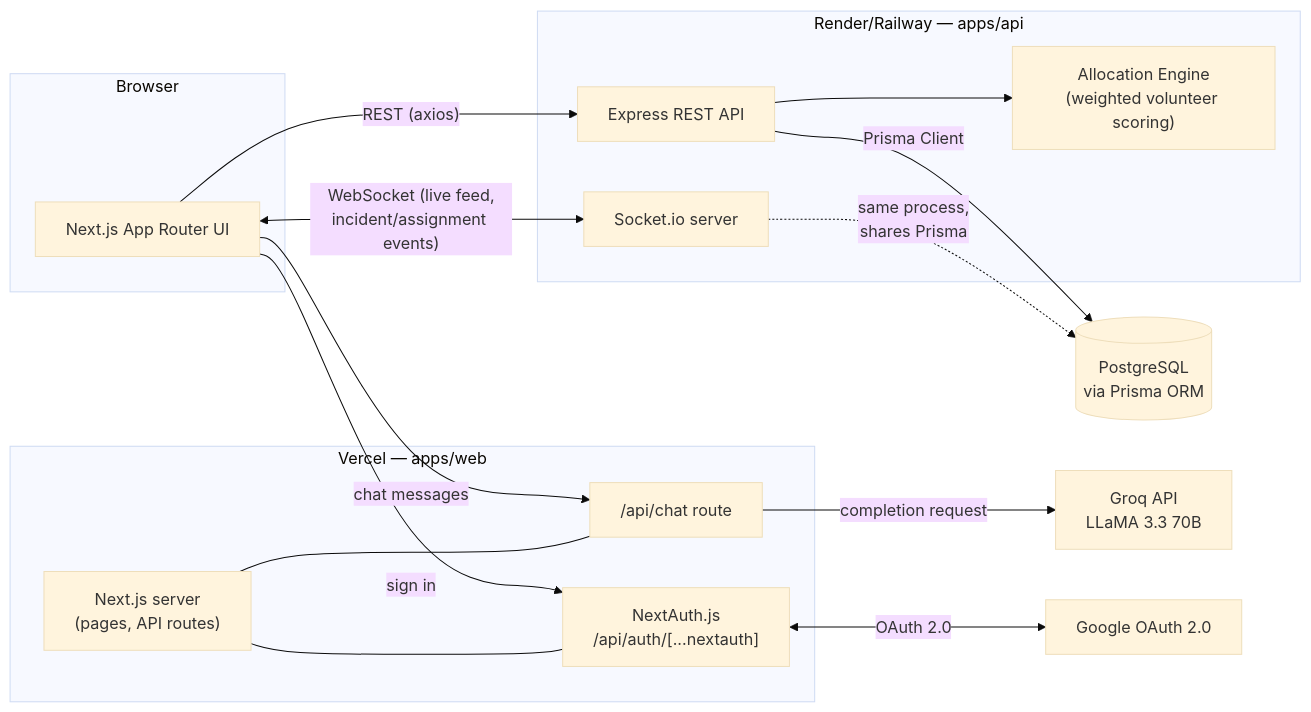
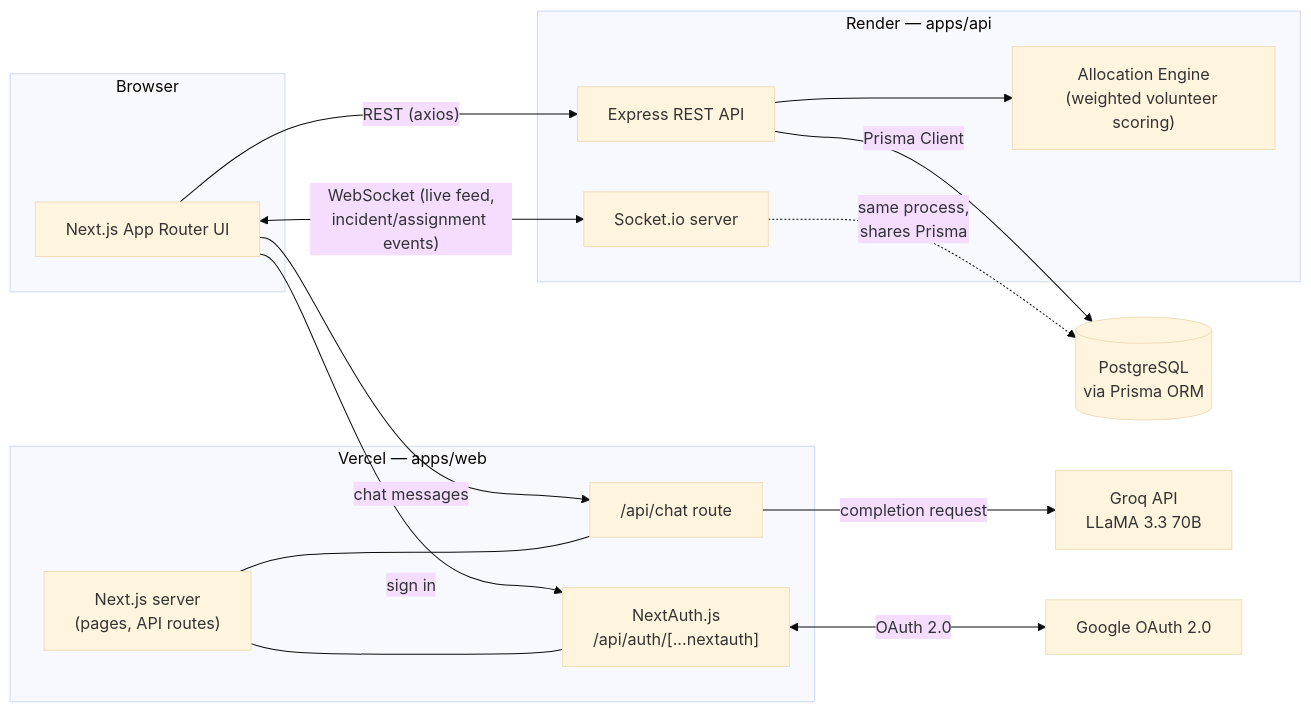
The first of 2 diagrams in README.md (devaskswhy/SevaMitra), drawn with Mermaid (base theme) before and after one commit. The commit also changed 7 other files, not shown here.

````diff
--- a/README.md
+++ b/README.md
@@ -84,36 +84,36 @@
 ```mermaid
 flowchart LR
     subgraph Browser
         UI["Next.js App Router UI"]
     end
 
     subgraph Vercel["Vercel — apps/web"]
         NextJS["Next.js server<br/>(pages, API routes)"]
         NextAuth["NextAuth.js<br/>/api/auth/[...nextauth]"]
         ChatRoute["/api/chat route"]
     end
 
-    subgraph Backend["Render/Railway — apps/api"]
+    subgraph Backend["Render — apps/api"]
         Express["Express REST API"]
         AllocEngine["Allocation Engine<br/>(weighted volunteer scoring)"]
         SocketIO["Socket.io server"]
     end
 
     DB[("PostgreSQL<br/>via Prisma ORM")]
     Groq["Groq API<br/>LLaMA 3.3 70B"]
     Google["Google OAuth 2.0"]
 
     UI -- "REST (axios)" --> Express
     UI <-->|"WebSocket (live feed,<br/>incident/assignment events)"| SocketIO
     UI -- "sign in" --> NextAuth
     NextAuth <-->|"OAuth 2.0"| Google
     UI -- "chat messages" --> ChatRoute
     ChatRoute -- "completion request" --> Groq
 
     Express --> AllocEngine
     Express -- "Prisma Client" --> DB
     SocketIO -.->|"same process,<br/>shares Prisma"| DB
 
     NextJS --- NextAuth
     NextJS --- ChatRoute
 ```
````
